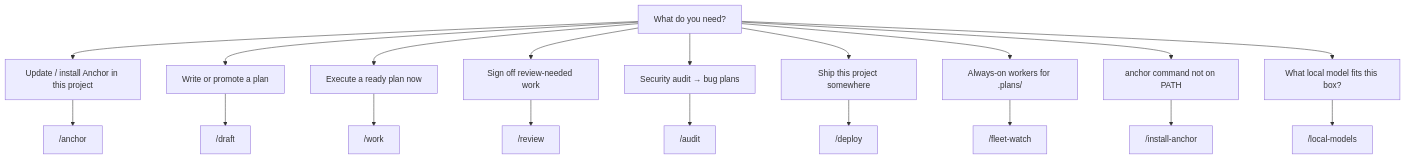
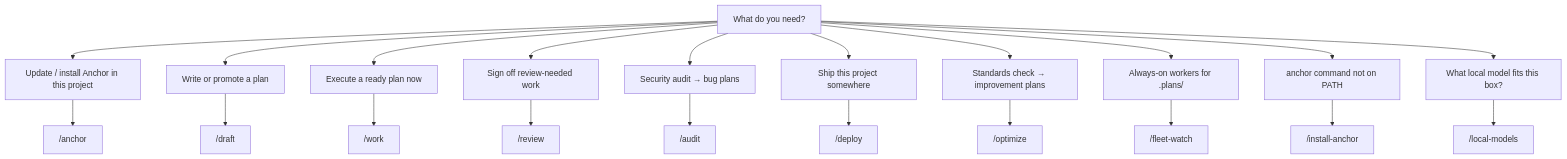
The diagram in docs/docs/skills/overview.md (carefreeinv/anchor), drawn with Mermaid before and after one commit. The commit also changed other lines of this file and 12 other files, not shown here.

First line of the commit message:
Add /optimize skill: standards scan → checkbox-picked improvement plans

````diff
--- a/docs/docs/skills/overview.md
+++ b/docs/docs/skills/overview.md
@@ -28,22 +29,24 @@
 ```mermaid
 flowchart TD
   q["What do you need?"]
   q --> a["Update / install Anchor in this project"]
   q --> p["Write or promote a plan"]
   q --> e["Execute a ready plan now"]
   q --> r["Sign off review-needed work"]
   q --> u["Security audit → bug plans"]
   q --> d["Ship this project somewhere"]
+  q --> o["Standards check → improvement plans"]
   q --> b["Always-on workers for .plans/"]
   q --> c["anchor command not on PATH"]
   q --> l["What local model fits this box?"]
   a --> sa["/anchor"]
   p --> sd["/draft"]
   e --> sw["/work"]
   r --> sr["/review"]
   u --> su["/audit"]
   d --> sp["/deploy"]
+  o --> so["/optimize"]
   b --> sf["/fleet-watch"]
   c --> si["/install-anchor"]
   l --> sl["/local-models"]
 ```
````
